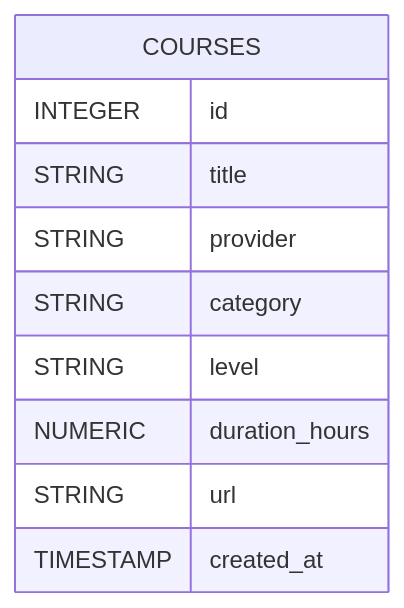
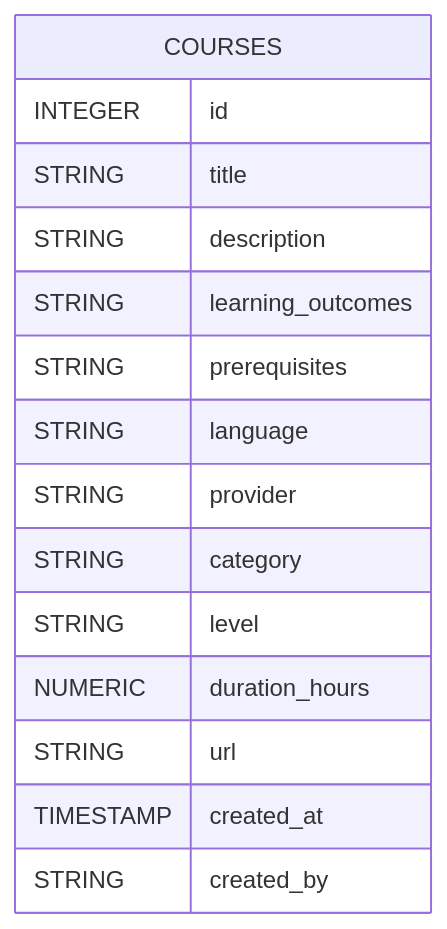
The seventh of 14 diagrams in docs/architecture_backend.md (JustinMelger/Upstream), drawn with Mermaid before and after one commit. The commit also changed other lines of this file and 26 other files, not shown here.

Commit message:
refactor: architecture doc alignment

````diff
--- a/docs/architecture_backend.md
+++ b/docs/architecture_backend.md
@@ -260,13 +260,18 @@
 ```mermaid
 erDiagram
   COURSES {
     INTEGER id
     STRING title
+    STRING description
+    STRING learning_outcomes
+    STRING prerequisites
+    STRING language
     STRING provider
     STRING category
     STRING level
     NUMERIC duration_hours
     STRING url
     TIMESTAMP created_at
+    STRING created_by
   }
 ```
````
